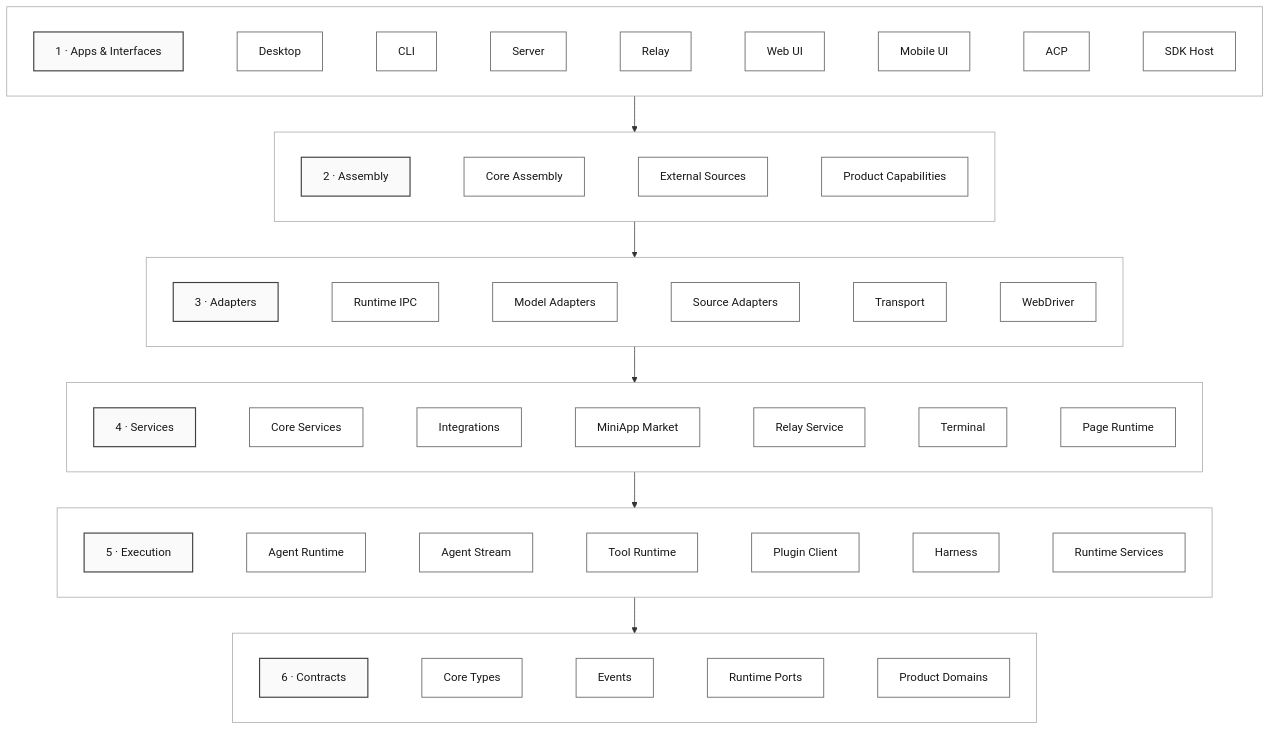
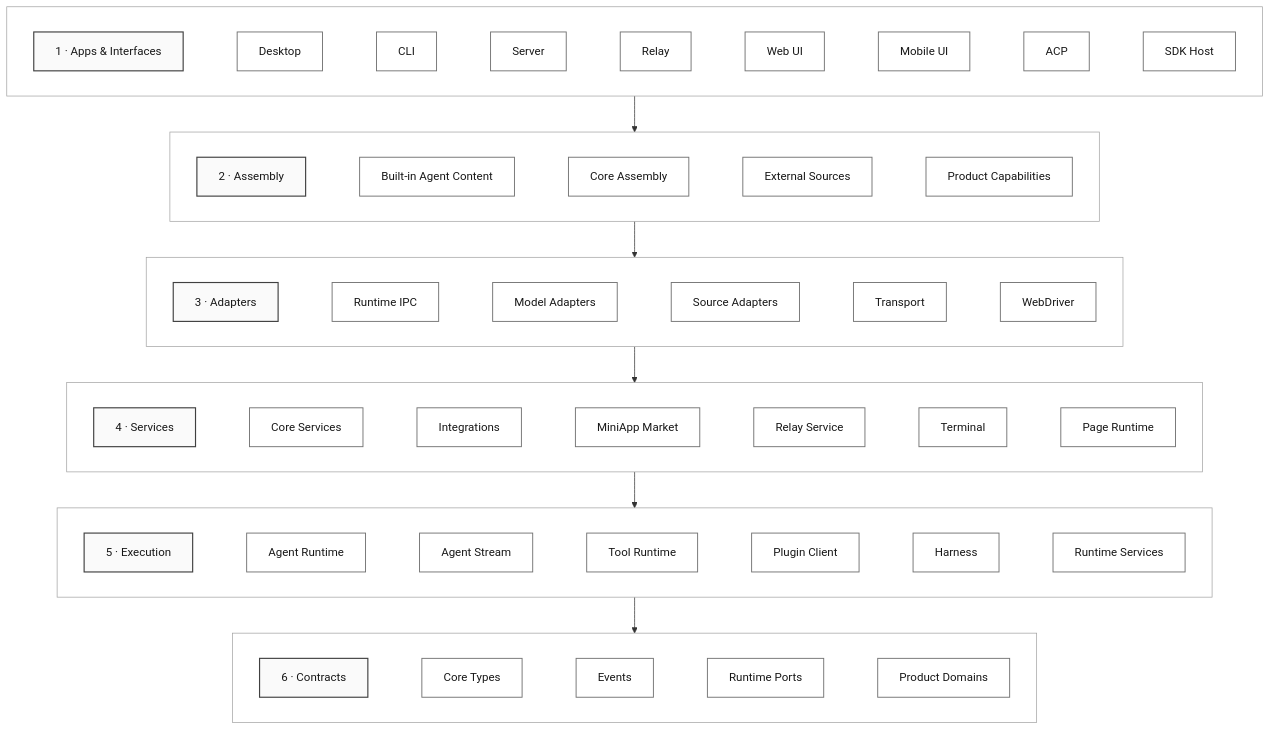
The second of 13 diagrams in docs/architecture/product-architecture.md (1688mengdie/BitFun), drawn with Mermaid before and after one commit. The commit also changed other lines of this file and 57 other files, not shown here.

Commit message:
perf(build): isolate built-in agent prompt content

````diff
--- a/docs/architecture/product-architecture.md
+++ b/docs/architecture/product-architecture.md
@@ -197,45 +197,45 @@
 ```mermaid
 flowchart TB
   subgraph AppsLayer[" "]
     direction LR
     AppsTitle["1 · Apps & Interfaces"] ~~~ Desktop["Desktop"] ~~~ CLI["CLI"] ~~~ Server["Server"] ~~~ Relay["Relay"] ~~~ WebUI["Web UI"] ~~~ MobileUI["Mobile UI"] ~~~ ACP["ACP"] ~~~ SDKHost["SDK Host"]
   end
 
   subgraph AssemblyLayer[" "]
     direction LR
-    AssemblyTitle["2 · Assembly"] ~~~ CoreAssembly["Core Assembly"] ~~~ ExternalSources["External Sources"] ~~~ ProductCaps["Product Capabilities"]
+    AssemblyTitle["2 · Assembly"] ~~~ AgentContent["Built-in Agent Content"] ~~~ CoreAssembly["Core Assembly"] ~~~ ExternalSources["External Sources"] ~~~ ProductCaps["Product Capabilities"]
   end
 
   subgraph AdaptersLayer[" "]
     direction LR
     AdaptersTitle["3 · Adapters"] ~~~ RuntimeIPC["Runtime IPC"] ~~~ ModelAdapters["Model Adapters"] ~~~ SourceAdapters["Source Adapters"] ~~~ Transport["Transport"] ~~~ WebDriver["WebDriver"]
   end
 
   subgraph ServicesLayer[" "]
     direction LR
     ServicesTitle["4 · Services"] ~~~ CoreServices["Core Services"] ~~~ Integrations["Integrations"] ~~~ MiniAppMarket["MiniApp Market"] ~~~ RelayService["Relay Service"] ~~~ Terminal["Terminal"] ~~~ PageRuntime["Page Runtime"]
   end
 
   subgraph ExecutionLayer[" "]
     direction LR
     ExecutionTitle["5 · Execution"] ~~~ AgentRuntime["Agent Runtime"] ~~~ AgentStream["Agent Stream"] ~~~ ToolRuntime["Tool Runtime"] ~~~ PluginClient["Plugin Client"] ~~~ Harness["Harness"] ~~~ RuntimeServices["Runtime Services"]
   end
 
   subgraph ContractsLayer[" "]
     direction LR
     ContractsTitle["6 · Contracts"] ~~~ CoreTypes["Core Types"] ~~~ Events["Events"] ~~~ RuntimePorts["Runtime Ports"] ~~~ ProductDomains["Product Domains"]
   end
 
   AppsTitle --> AssemblyTitle --> AdaptersTitle --> ServicesTitle --> ExecutionTitle --> ContractsTitle
 
   classDef header fill:#fafafa,stroke:#404040,stroke-width:1.6px,color:#171717;
   classDef module fill:#ffffff,stroke:#737373,stroke-width:1.3px,color:#171717;
   class AppsTitle,AssemblyTitle,AdaptersTitle,ServicesTitle,ExecutionTitle,ContractsTitle header;
-  class Desktop,CLI,Server,Relay,WebUI,MobileUI,ACP,SDKHost,CoreAssembly,ExternalSources,ProductCaps,RuntimeIPC,ModelAdapters,SourceAdapters,Transport,WebDriver,CoreServices,Integrations,MiniAppMarket,RelayService,Terminal,PageRuntime,AgentRuntime,AgentStream,ToolRuntime,PluginClient,Harness,RuntimeServices,CoreTypes,Events,RuntimePorts,ProductDomains module;
+  class Desktop,CLI,Server,Relay,WebUI,MobileUI,ACP,SDKHost,AgentContent,CoreAssembly,ExternalSources,ProductCaps,RuntimeIPC,ModelAdapters,SourceAdapters,Transport,WebDriver,CoreServices,Integrations,MiniAppMarket,RelayService,Terminal,PageRuntime,AgentRuntime,AgentStream,ToolRuntime,PluginClient,Harness,RuntimeServices,CoreTypes,Events,RuntimePorts,ProductDomains module;
   style AppsLayer fill:#ffffff,stroke:#a3a3a3;
   style AssemblyLayer fill:#ffffff,stroke:#a3a3a3;
   style AdaptersLayer fill:#ffffff,stroke:#a3a3a3;
   style ServicesLayer fill:#ffffff,stroke:#a3a3a3;
   style ExecutionLayer fill:#ffffff,stroke:#a3a3a3;
   style ContractsLayer fill:#ffffff,stroke:#a3a3a3;
 ```
````
